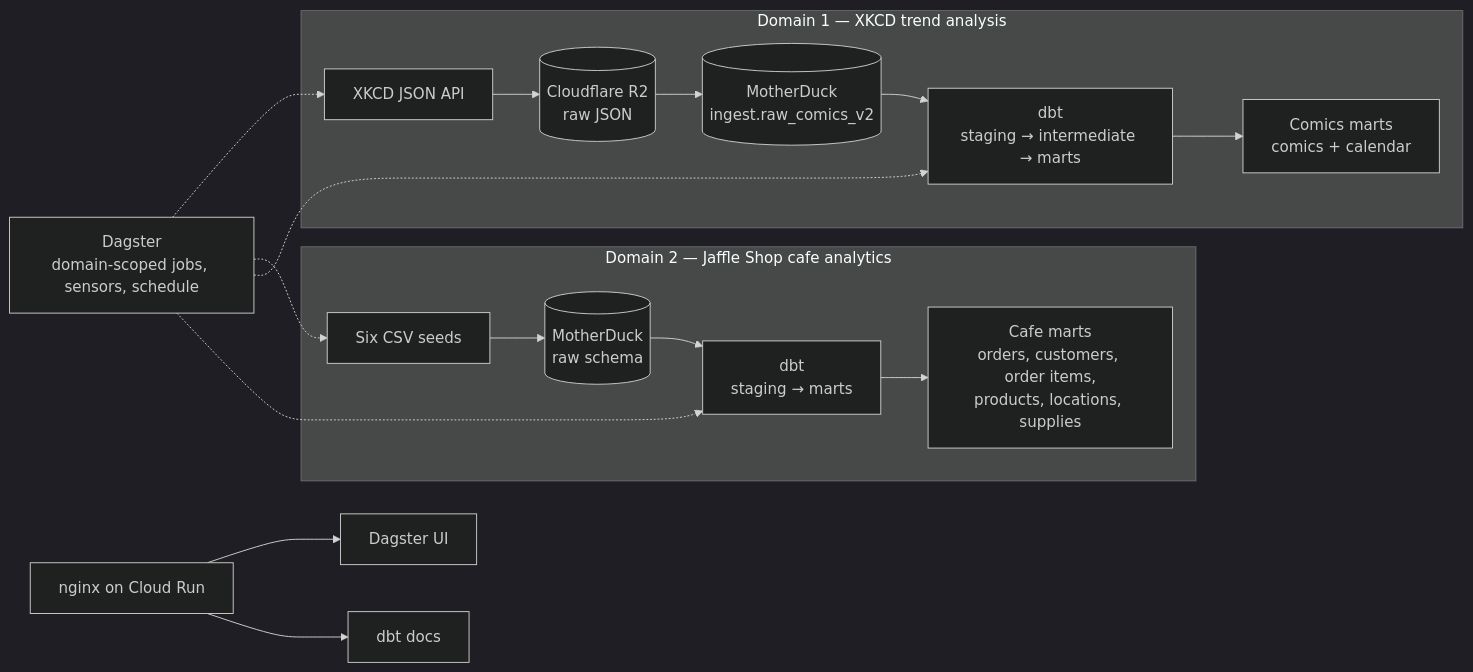
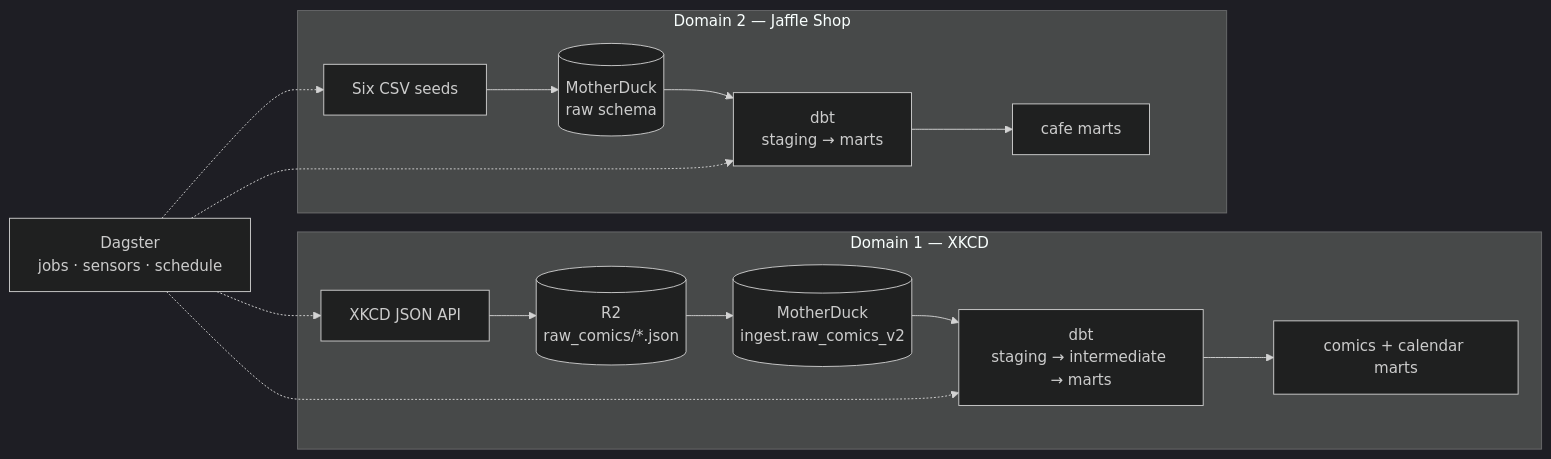
Before and after one commit to antipev/analytics-engineering: the first of 3 diagrams in README.md, drawn with Mermaid (dark theme). The commit also changed other lines of this file and 2 other files, not shown here.

````diff
--- a/README.md
+++ b/README.md
@@ -130,23 +29,20 @@
 ```mermaid
 flowchart LR
-  subgraph D1["Domain 1 — XKCD trend analysis"]
-    X["XKCD JSON API"] --> R2[("Cloudflare R2<br/>raw JSON")]
-    R2 --> XRAW[("MotherDuck<br/>ingest.raw_comics_v2")]
-    XRAW --> XDBT["dbt<br/>staging → intermediate → marts"]
-    XDBT --> XOUT["Comics marts<br/>comics + calendar"]
+  subgraph D1["Domain 1 — XKCD"]
+    X1["XKCD JSON API"] --> X2[("R2<br/>raw_comics/*.json")]
+    X2 --> X3[("MotherDuck<br/>ingest.raw_comics_v2")]
+    X3 --> X4["dbt<br/>staging → intermediate → marts"]
+    X4 --> X5["comics + calendar marts"]
   end
 
-  subgraph D2["Domain 2 — Jaffle Shop cafe analytics"]
-    J["Six CSV seeds"] --> JRAW[("MotherDuck<br/>raw schema")]
-    JRAW --> JDBT["dbt<br/>staging → marts"]
-    JDBT --> JOUT["Cafe marts<br/>orders, customers, order items,<br/>products, locations, supplies"]
+  subgraph D2["Domain 2 — Jaffle Shop"]
+    J1["Six CSV seeds"] --> J2[("MotherDuck<br/>raw schema")]
+    J2 --> J3["dbt<br/>staging → marts"]
+    J3 --> J4["cafe marts"]
   end
 
-  DG["Dagster<br/>domain-scoped jobs, sensors, schedule"] -.-> X
-  DG -.-> J
-  DG -.-> XDBT
-  DG -.-> JDBT
-
-  NG["nginx on Cloud Run"] --> UI["Dagster UI"]
-  NG --> DOCS["dbt docs"]
+  DG["Dagster<br/>jobs · sensors · schedule"] -.-> X1
+  DG -.-> X4
+  DG -.-> J1
+  DG -.-> J3
 ```
````
